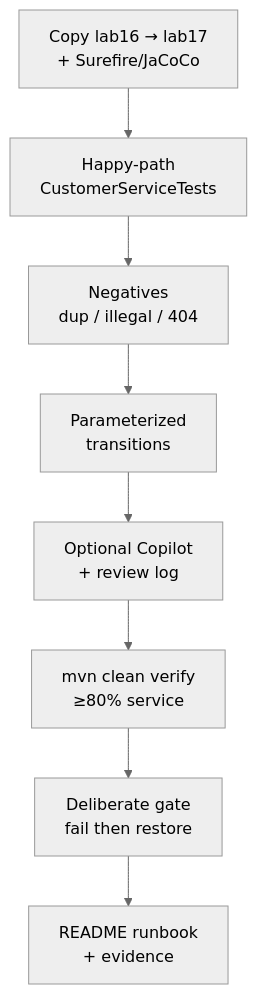
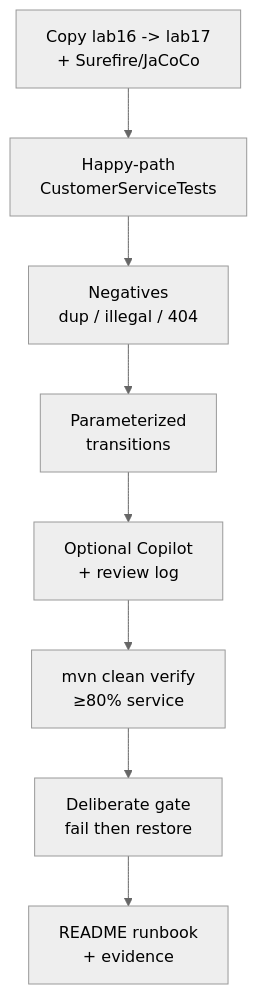
The second of 2 diagrams in labs/Week 2 - Backend, AI Tools and Testing/module-17/lab17/LAB-17-GUIDE.md (pupilliluke/bc-sw-engineer-java-participant), drawn with Mermaid (neutral theme) before and after one commit. The commit also changed other lines of this file and 55 other files, not shown here.

Commit message:
Stop publishing local screenshots; harden Mermaid for GitHub; sync only tracked lab files.

````diff
--- a/labs/Week 2 - Backend, AI Tools and Testing/module-17/lab17/LAB-17-GUIDE.md
+++ b/labs/Week 2 - Backend, AI Tools and Testing/module-17/lab17/LAB-17-GUIDE.md
@@ -94,10 +94,10 @@
 ```mermaid
 flowchart TD
-    A["Copy lab16 → lab17<br/>+ Surefire/JaCoCo"] --> B["Happy-path<br/>CustomerServiceTests"]
+    A["Copy lab16 -> lab17<br/>+ Surefire/JaCoCo"] --> B["Happy-path<br/>CustomerServiceTests"]
     B --> C["Negatives<br/>dup / illegal / 404"]
     C --> D["Parameterized<br/>transitions"]
     D --> E["Optional Copilot<br/>+ review log"]
     E --> F["mvn clean verify<br/>≥80% service"]
     F --> G["Deliberate gate<br/>fail then restore"]
     G --> H["README runbook<br/>+ evidence"]
 ```
````
